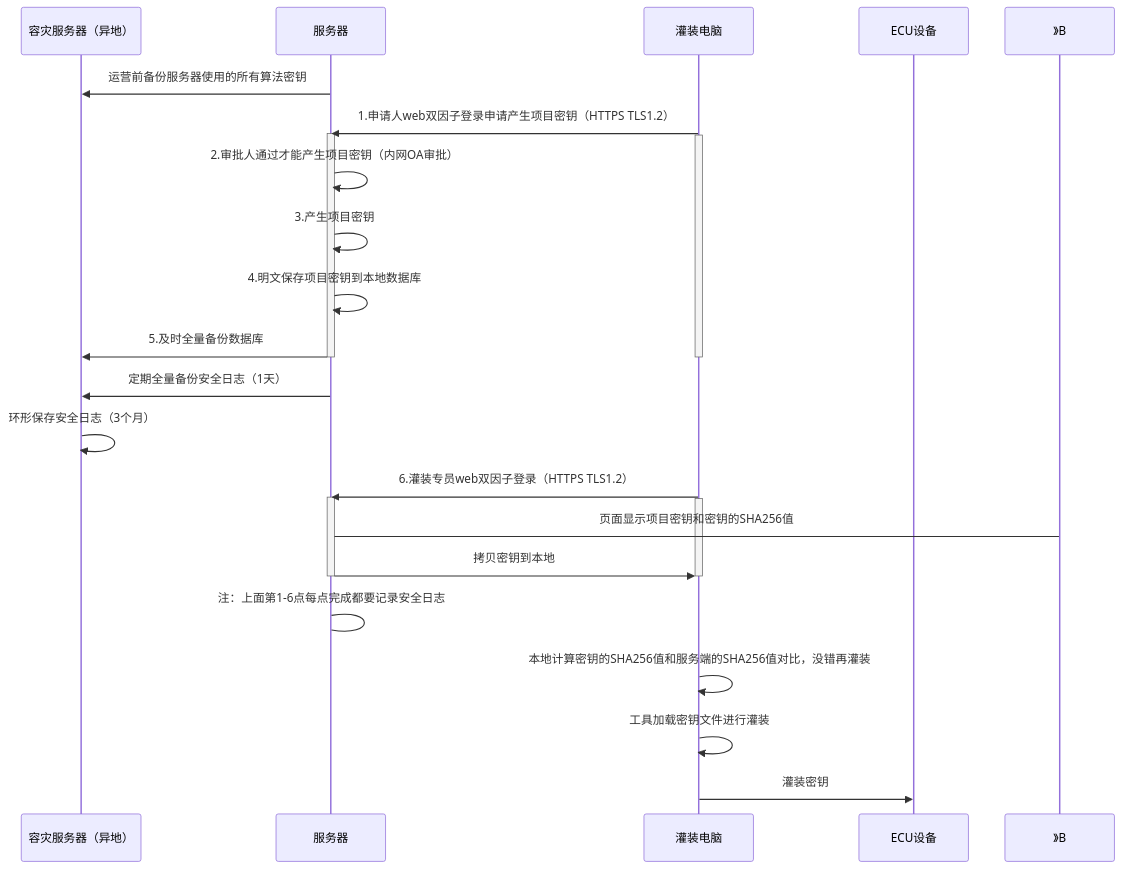
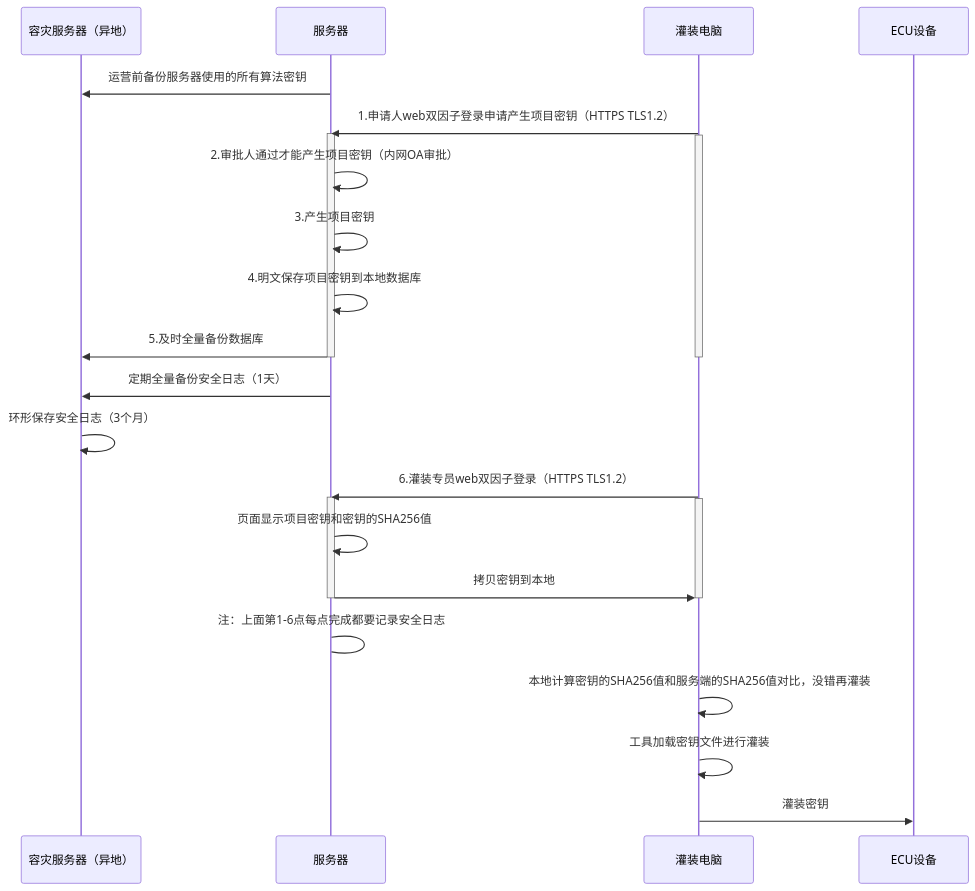
One commit to facebook-cloud/iodraw-files changed the diagram in all/未命名-20.md. Above: the diagram before and after it, drawn with Mermaid.

Commit message:
2026-03-28 09:38:22 update

````diff
--- a/all/未命名-20.md
+++ b/all/未命名-20.md
@@ -1,36 +1,36 @@
 ```mermaid
 sequenceDiagram
     participant A as 容灾服务器（异地）
     participant B as 服务器
     participant D as 灌装电脑
     participant E as ECU设备
 
     B->>A: 运营前备份服务器使用的所有算法密钥
     D->>B: 1.申请人web双因子登录申请产生项目密钥（HTTPS TLS1.2）
     activate B
     activate D
     B->>B: 2.审批人通过才能产生项目密钥（内网OA审批）
     B->>B: 3.产生项目密钥
     B->>B: 4.明文保存项目密钥到本地数据库
     B->>A: 5.及时全量备份数据库
 
     deactivate B
     deactivate D
 
     B->>A: 定期全量备份安全日志（1天）
     A->>A: 环形保存安全日志（3个月）
     
     D->>B: 6.灌装专员web双因子登录（HTTPS TLS1.2）
     activate B
     activate D
-    B->》B: 页面显示项目密钥和密钥的SHA256值
+    B->>B: 页面显示项目密钥和密钥的SHA256值
     B->>D: 拷贝密钥到本地
     deactivate B
     deactivate D
     B->B: 注：上面第1-6点每点完成都要记录安全日志
 
     D->>D:本地计算密钥的SHA256值和服务端的SHA256值对比，没错再灌装
     D->>D:工具加载密钥文件进行灌装
     
     D->>E: 灌装密钥
 ```
````
